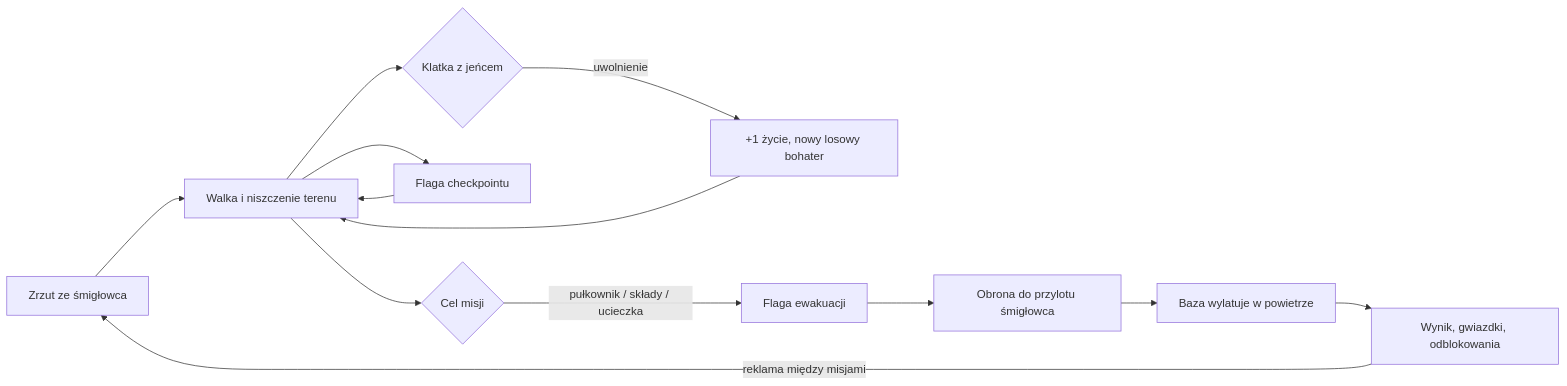
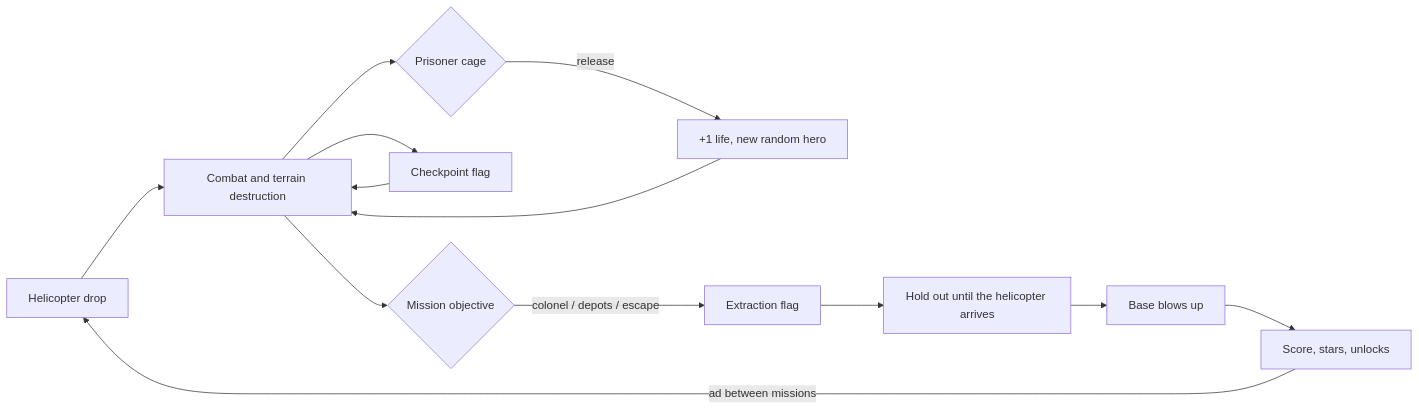
One commit to forgemarcineksiema-art/blast-battalion changed the diagram in docs/GDD.md. Above: the diagram before and after it, drawn with Mermaid. The commit also changed other lines of this file and 8 other files, not shown here.

````diff
--- a/docs/GDD.md
+++ b/docs/GDD.md
@@ -39,15 +39,15 @@
 ```mermaid
 flowchart LR
-  A[Zrzut ze śmigłowca] --> B[Walka i niszczenie terenu]
-  B --> C{Klatka z jeńcem}
-  C -->|uwolnienie| D[+1 życie, nowy losowy bohater]
+  A[Helicopter drop] --> B[Combat and terrain destruction]
+  B --> C{Prisoner cage}
+  C -->|release| D[+1 life, new random hero]
   D --> B
-  B --> E[Flaga checkpointu]
+  B --> E[Checkpoint flag]
   E --> B
-  B --> O{Cel misji}
-  O -->|pułkownik / składy / ucieczka| F[Flaga ewakuacji]
-  F --> G[Obrona do przylotu śmigłowca]
-  G --> X[Baza wylatuje w powietrze]
-  X --> H[Wynik, gwiazdki, odblokowania]
-  H -->|reklama między misjami| A
+  B --> O{Mission objective}
+  O -->|colonel / depots / escape| F[Extraction flag]
+  F --> G[Hold out until the helicopter arrives]
+  G --> X[Base blows up]
+  X --> H[Score, stars, unlocks]
+  H -->|ad between missions| A
 ```
````
